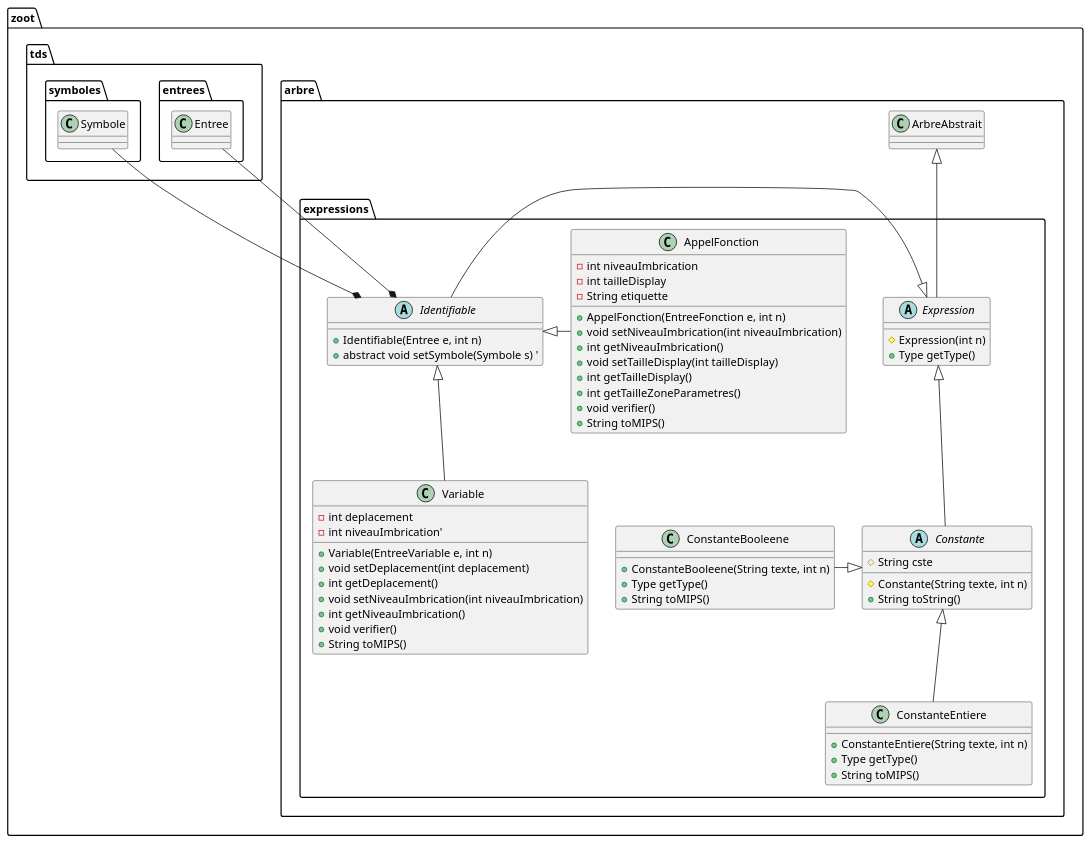
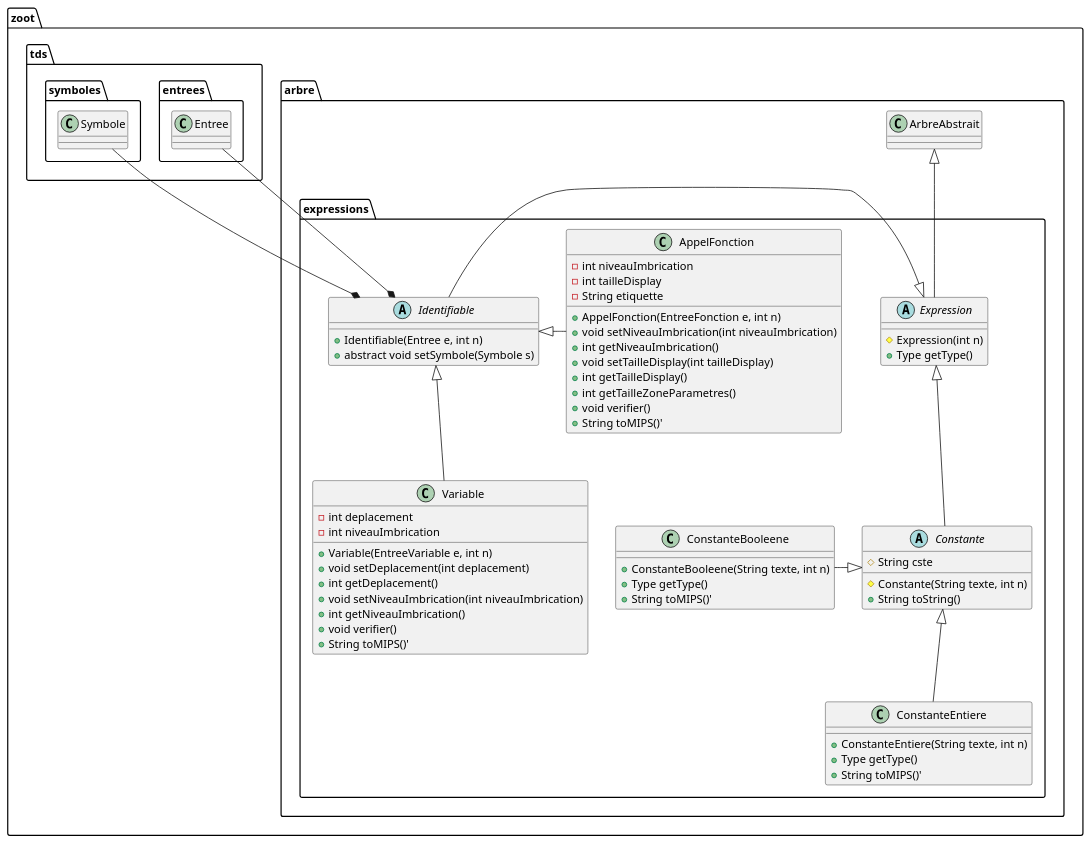
Before and after one commit to lmtb06/zoot: the diagram in diagrammes/classe/expressions.puml, drawn with PlantUML. The commit also changed 11 other files, not shown here.

```diff
--- a/diagrammes/classe/expressions.puml
+++ b/diagrammes/classe/expressions.puml
@@ -1,70 +1,70 @@
 @startuml "Package expressions"
 namespace zoot.arbre.expressions {
     ' Includes
     ' Classes
     abstract class Expression {
         # Expression(int n)
         + Type getType()
     }
 
     abstract class Constante {
         # String cste
         # Constante(String texte, int n)
         + String toString()
     }
 
     class ConstanteEntiere {
         + ConstanteEntiere(String texte, int n)
         + Type getType()
-        + String toMIPS()
+        + String toMIPS()'
     }
 
     class ConstanteBooleene {
         + ConstanteBooleene(String texte, int n)
         + Type getType()
-        + String toMIPS()
+        + String toMIPS()'
 
     }
 
     abstract class Identifiable {
         + Identifiable(Entree e, int n)
-        + abstract void setSymbole(Symbole s) '
+        + abstract void setSymbole(Symbole s)
     }
 
     class Variable {
         - int deplacement
-        - int niveauImbrication'
+        - int niveauImbrication
         + Variable(EntreeVariable e, int n)
         + void setDeplacement(int deplacement)
         + int getDeplacement()
         + void setNiveauImbrication(int niveauImbrication)
         + int getNiveauImbrication()
         + void verifier()
-        + String toMIPS()
+        + String toMIPS()'
     }
 
     class AppelFonction {
         - int niveauImbrication
         - int tailleDisplay
         - String etiquette
         + AppelFonction(EntreeFonction e, int n)
         + void setNiveauImbrication(int niveauImbrication)
         + int getNiveauImbrication()
         + void setTailleDisplay(int tailleDisplay)
         + int getTailleDisplay()
         + int getTailleZoneParametres()
         + void verifier()
-        + String toMIPS()
+        + String toMIPS()'
     }
     ' Relations entre les classes
     Expression -up-|> zoot.arbre.ArbreAbstrait
     Constante -up-|> Expression
     ConstanteEntiere -up-|> Constante
     ConstanteBooleene -right-|> Constante
     Identifiable *-up- zoot.tds.entrees.Entree
     Identifiable *-up- zoot.tds.symboles.Symbole
     Identifiable -left-|> Expression
     Variable -up-|> Identifiable
     AppelFonction -left-|> Identifiable
 }
 @enduml
```
